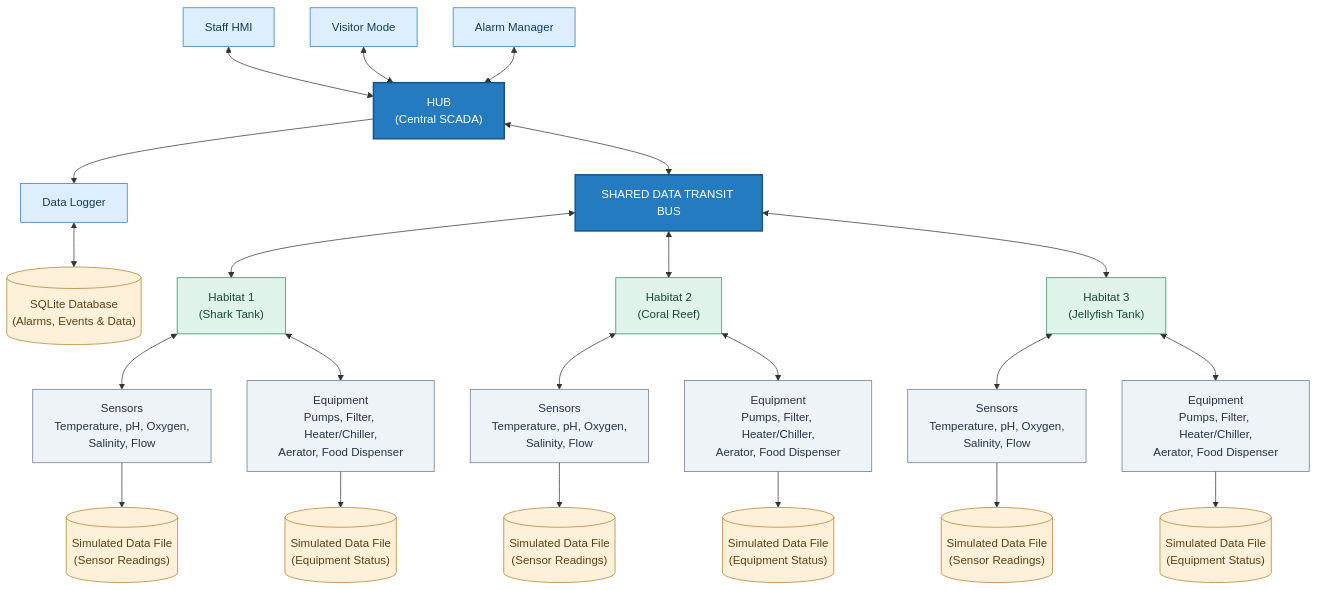
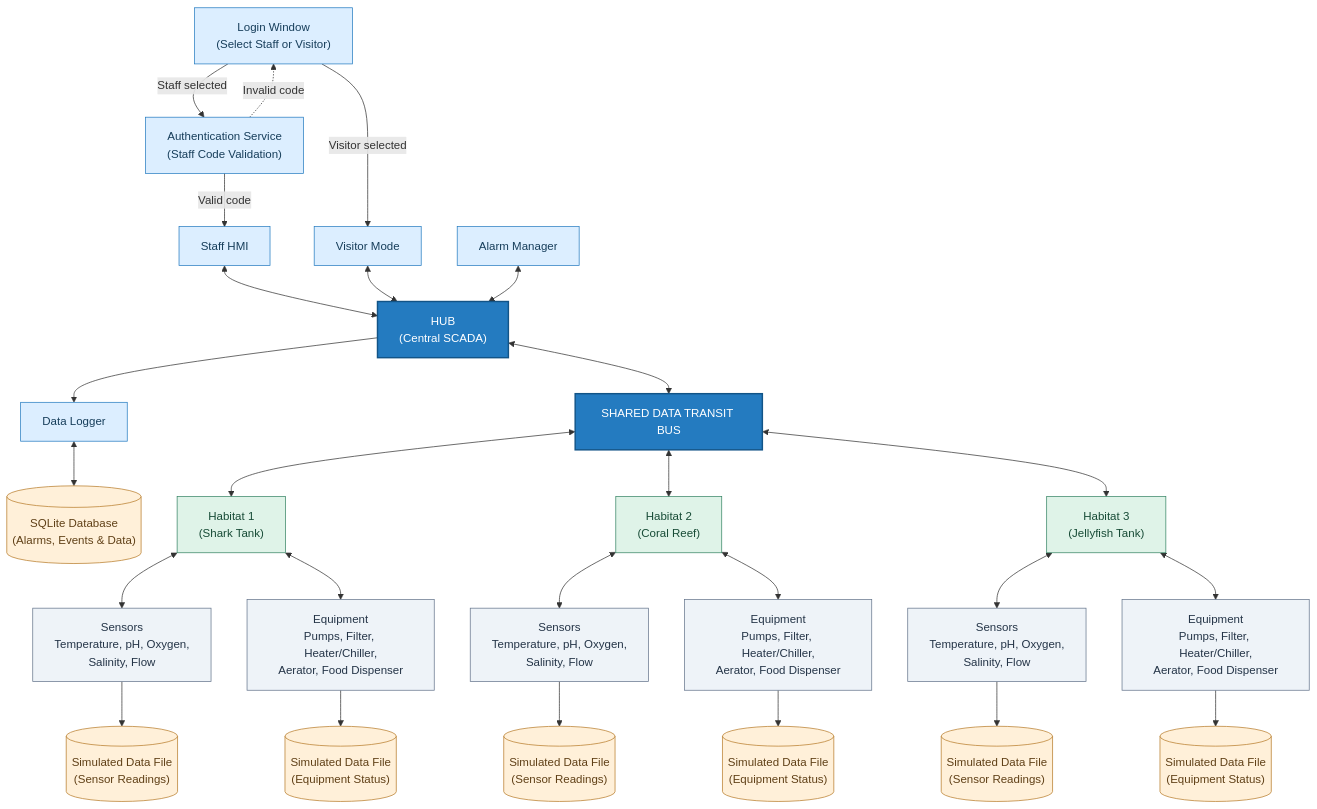
One commit to FabioBust/CSCN72030-Sec1-Group7 changed the first of 4 diagrams in README.md. Above: the diagram before and after it, drawn with Mermaid.

Commit message:
Enhance system architecture diagram with Login and Auth
Updated the system architecture diagram in README.md to include the Login and Authentication components.

````diff
--- a/README.md
+++ b/README.md
@@ -81,72 +81,80 @@
 ```mermaid
 flowchart TB
+    Login["Login Window<br/>(Select Staff or Visitor)"]
+    Auth["Authentication Service<br/>(Staff Code Validation)"]
+   
     Staff["Staff HMI"]
 
     Visitor["Visitor Mode"]
 
     Alarm["Alarm Manager"]
     Hub["HUB<br/>(Central SCADA)"]
     Logger["Data Logger"]
     DB[("SQLite Database<br/>(Alarms, Events & Data)")]
 
     Bus["SHARED DATA TRANSIT BUS"]
 
     H1["Habitat 1<br/>(Shark Tank)"]
     H2["Habitat 2<br/>(Coral Reef)"]
     H3["Habitat 3<br/>(Jellyfish Tank)"]
 
     S1["Sensors<br/>Temperature, pH, Oxygen,<br/>Salinity, Flow"]
     E1["Equipment<br/>Pumps, Filter, Heater/Chiller,<br/>Aerator, Food Dispenser"]
 
     S2["Sensors<br/>Temperature, pH, Oxygen,<br/>Salinity, Flow"]
     E2["Equipment<br/>Pumps, Filter, Heater/Chiller,<br/>Aerator, Food Dispenser"]
 
     S3["Sensors<br/>Temperature, pH, Oxygen,<br/>Salinity, Flow"]
     E3["Equipment<br/>Pumps, Filter, Heater/Chiller,<br/>Aerator, Food Dispenser"]
 
     F1[("Simulated Data File<br/>(Sensor Readings)")]
     F2[("Simulated Data File<br/>(Equipment Status)")]
     F3[("Simulated Data File<br/>(Sensor Readings)")]
     F4[("Simulated Data File<br/>(Equipment Status)")]
     F5[("Simulated Data File<br/>(Sensor Readings)")]
     F6[("Simulated Data File<br/>(Equipment Status)")]
+
+    Login -->|"Staff selected"| Auth
+    Auth -->|"Valid code"| Staff
+    Auth -.->|"Invalid code"| Login
+    Login -->|"Visitor selected"| Visitor
 
     Staff <--> Hub
     Visitor <--> Hub
 
     Alarm <--> Hub
     Hub --> Logger
     Logger <--> DB
 
     Hub <--> Bus
 
     Bus <--> H1
     Bus <--> H2
     Bus <--> H3
 
     H1 <--> S1
     H1 <--> E1
     H2 <--> S2
     H2 <--> E2
     H3 <--> S3
     H3 <--> E3
 
     S1 --> F1
     E1 --> F2
     S2 --> F3
     E2 --> F4
     S3 --> F5
     E3 --> F6
 
     classDef central fill:#247bc0,stroke:#125487,color:#fff,stroke-width:2px
     classDef interface fill:#dceeff,stroke:#247bc0,color:#173e5b
     classDef habitat fill:#dff3e8,stroke:#358464,color:#174b36
     classDef device fill:#eef3f8,stroke:#64748b,color:#243447
     classDef storage fill:#fff0d9,stroke:#b77b29,color:#604017
 
     class Hub,Bus central
-    class Staff,Visitor,Alarm,Logger interface
+    class Login,Auth,Staff,Visitor,Alarm,Logger interface
     class H1,H2,H3 habitat
     class S1,E1,S2,E2,S3,E3 device
     class DB,F1,F2,F3,F4,F5,F6 storage
 ```
````
